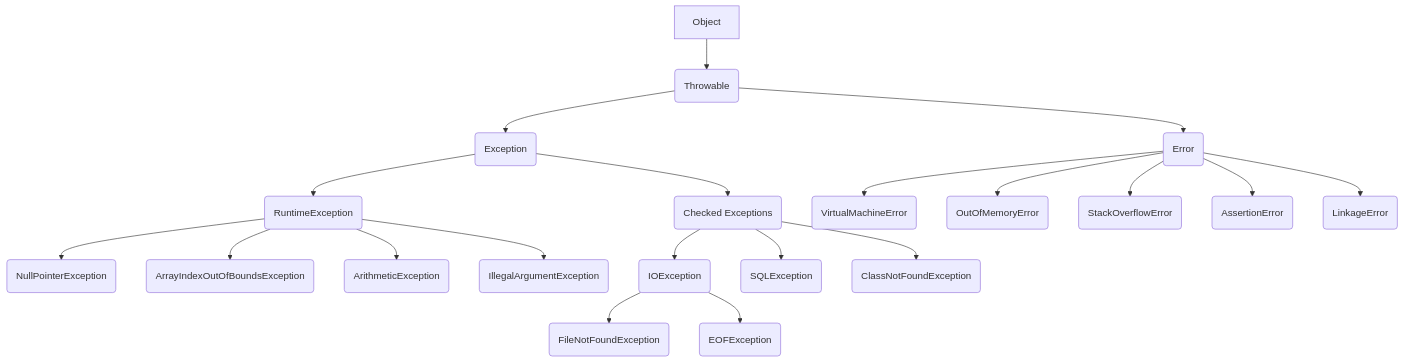
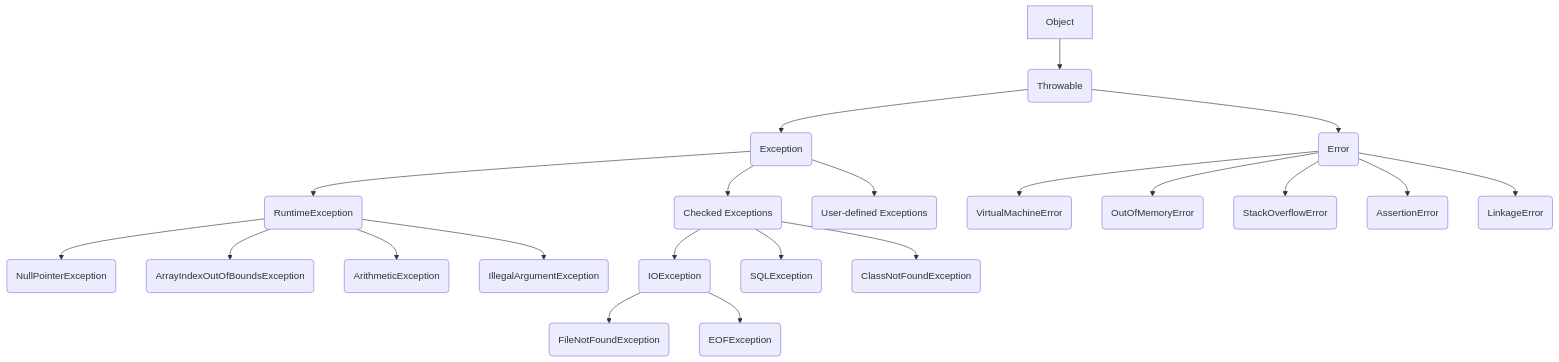
One commit to adashexplorer/catchMeIfYouCan changed the first of 2 diagrams in coreprinciples/README.md. Above: the diagram before and after it, drawn with Mermaid. The commit also changed other lines of this file, not shown here.

Commit message:
Added mermaid chart for how JVM handles exception

````diff
--- a/coreprinciples/README.md
+++ b/coreprinciples/README.md
@@ -61,27 +76,28 @@
 ```mermaid
 graph TD
     A[Object] --> B(Throwable)
     B --> C(Exception)
     B --> D(Error)
 
     C --> C1(RuntimeException)
     C --> C2(Checked Exceptions)
+    C --> C3(User-defined Exceptions)
 
     C1 --> C1a(NullPointerException)
     C1 --> C1b(ArrayIndexOutOfBoundsException)
     C1 --> C1c(ArithmeticException)
     C1 --> C1d(IllegalArgumentException)
 
     C2 --> C2a(IOException)
     C2 --> C2b(SQLException)
     C2 --> C2c(ClassNotFoundException)
 
     C2a --> C2a1(FileNotFoundException)
     C2a --> C2a2(EOFException)
 
     D --> D1(VirtualMachineError)
     D --> D2(OutOfMemoryError)
     D --> D3(StackOverflowError)
     D --> D4(AssertionError)
     D --> D5(LinkageError)
 ```
````
